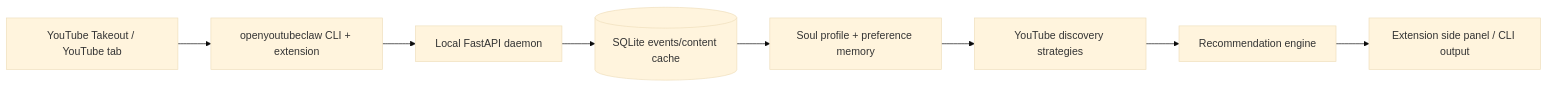
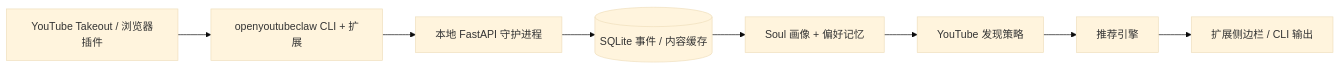
One commit to steinyanaa/OpenYouTubeClaw changed the diagram in docs/architecture.md. Above: the diagram before and after it, drawn with Mermaid (base theme). The commit also changed other lines of this file and 131 other files, not shown here.

First line of the commit message:
refactor: YouTube-only hard fork — delete all Bilibili/XHS/Douyin code

````diff
--- a/docs/architecture.md
+++ b/docs/architecture.md
@@ -6,10 +5,10 @@
 ```mermaid
 flowchart LR
-  YT[YouTube Takeout / YouTube tab] --> CLI[openyoutubeclaw CLI + extension]
-  CLI --> API[Local FastAPI daemon]
-  API --> DB[(SQLite events/content cache)]
-  DB --> Soul[Soul profile + preference memory]
-  Soul --> Disc[YouTube discovery strategies]
-  Disc --> Rec[Recommendation engine]
-  Rec --> Popup[Extension side panel / CLI output]
+  YT[YouTube Takeout / 浏览器插件] --> CLI[openyoutubeclaw CLI + 扩展]
+  CLI --> API[本地 FastAPI 守护进程]
+  API --> DB[(SQLite 事件 / 内容缓存)]
+  DB --> Soul[Soul 画像 + 偏好记忆]
+  Soul --> Disc[YouTube 发现策略]
+  Disc --> Rec[推荐引擎]
+  Rec --> Popup[扩展侧边栏 / CLI 输出]
 ```
````
